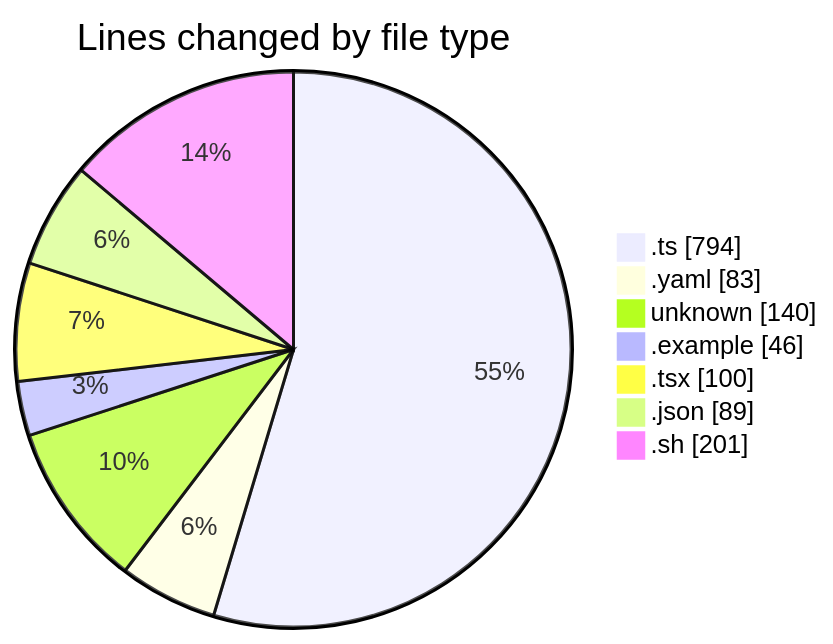
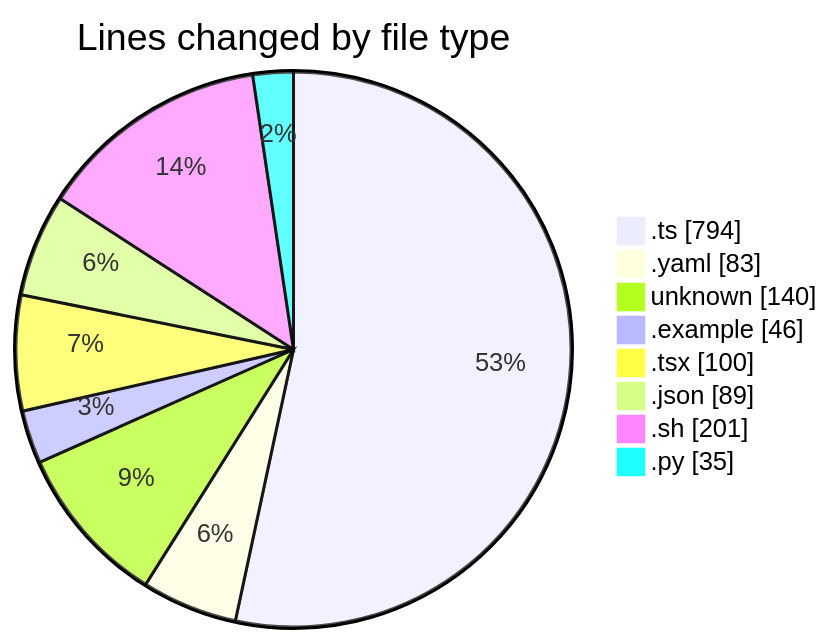
Before and after one commit to mevix1/code-tracking: the first of 2 diagrams in 2025-10-01/open-health/README.md, drawn with Mermaid. The commit also changed other lines of this file and 1 other file, not shown here.

````diff
--- a/2025-10-01/open-health/README.md
+++ b/2025-10-01/open-health/README.md
@@ -38,11 +39,12 @@
 ```mermaid
 pie showData
 title Lines changed by file type
 ".ts" : 794
 ".yaml" : 83
 "unknown" : 140
 ".example" : 46
 ".tsx" : 100
 ".json" : 89
 ".sh" : 201
+".py" : 35
 ```
````
